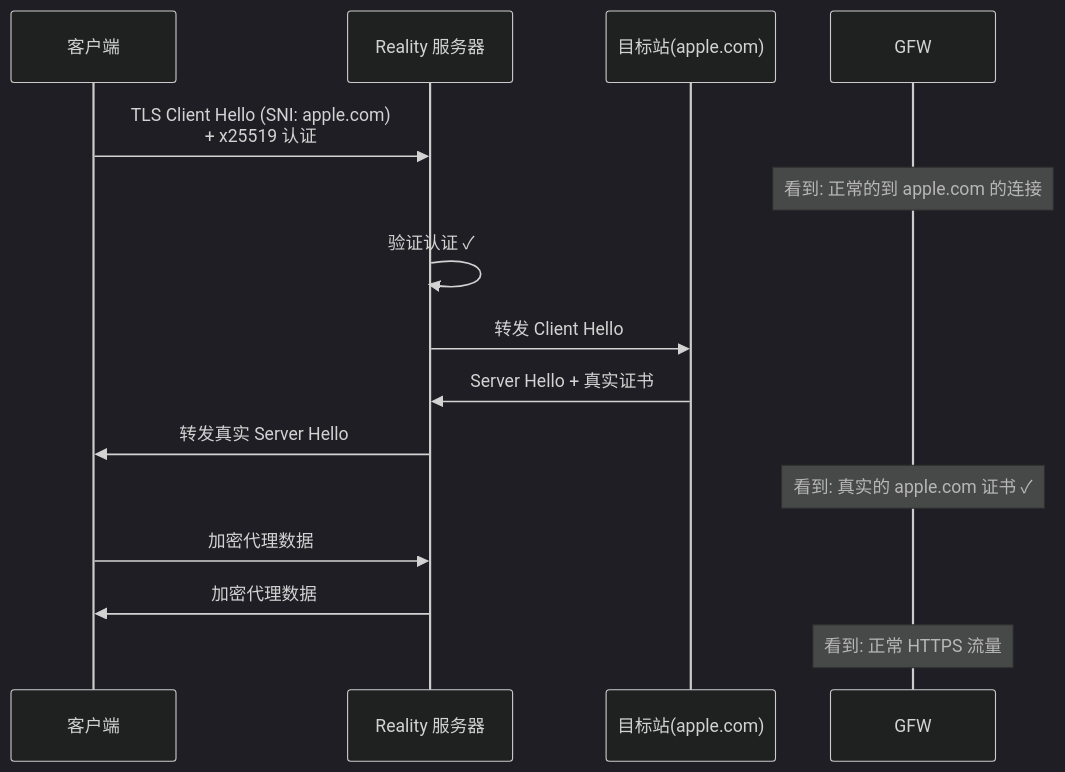
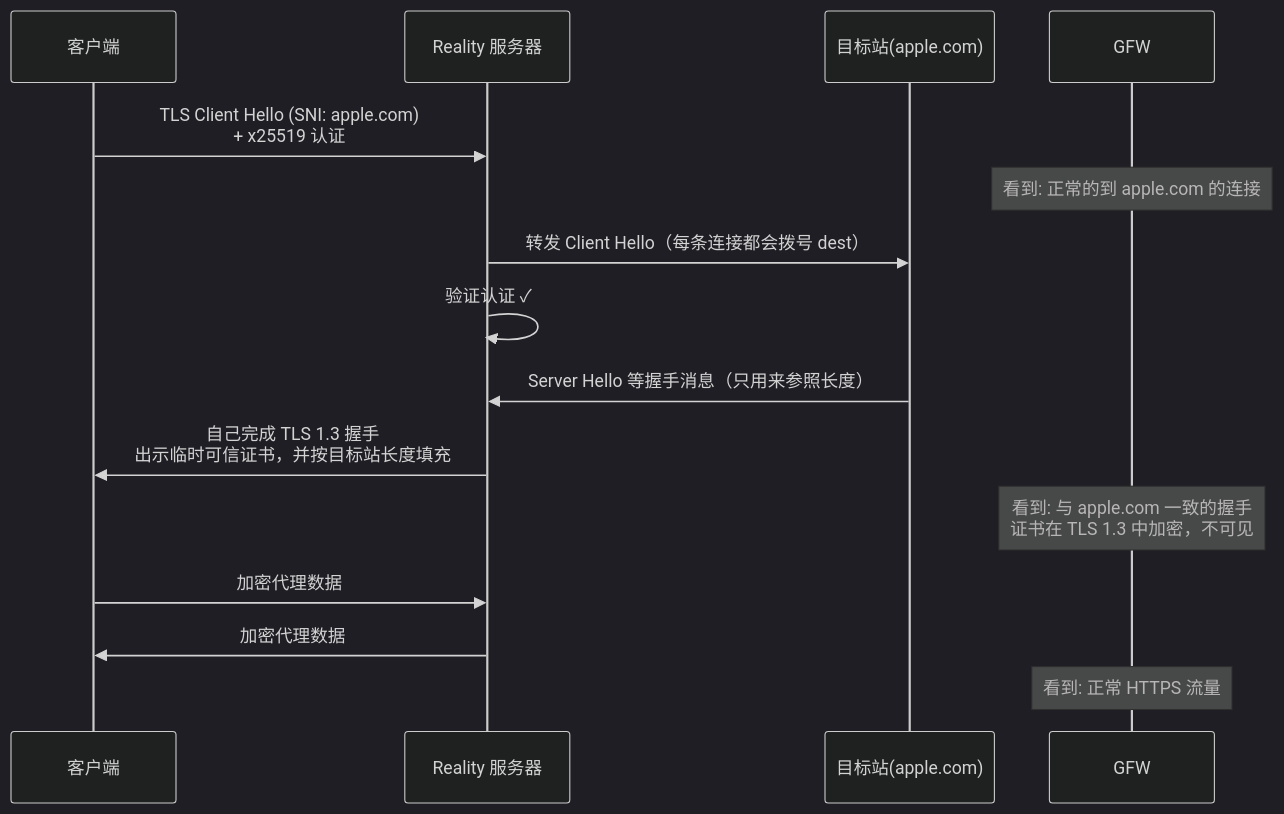
The first of 2 diagrams in source/_posts/vless-reality-deep-dive.md (EdNovas/proxy_wiki), drawn with Mermaid (dark theme) before and after one commit. The commit also changed other lines of this file and 34 other files, not shown here.

````diff
--- a/source/_posts/vless-reality-deep-dive.md
+++ b/source/_posts/vless-reality-deep-dive.md
@@ -59,18 +60,18 @@
 ```mermaid
 sequenceDiagram
     participant C as 客户端
     participant S as Reality 服务器
     participant T as 目标站(apple.com)
     participant G as GFW
     
     C->>S: TLS Client Hello (SNI: apple.com)<br/>+ x25519 认证
     Note over G: 看到: 正常的到 apple.com 的连接
+    S->>T: 转发 Client Hello（每条连接都会拨号 dest）
     S->>S: 验证认证 ✓
-    S->>T: 转发 Client Hello
-    T->>S: Server Hello + 真实证书
-    S->>C: 转发真实 Server Hello
-    Note over G: 看到: 真实的 apple.com 证书 ✓
+    T->>S: Server Hello 等握手消息（只用来参照长度）
+    S->>C: 自己完成 TLS 1.3 握手<br/>出示临时可信证书，并按目标站长度填充
+    Note over G: 看到: 与 apple.com 一致的握手<br/>证书在 TLS 1.3 中加密，不可见
     C->>S: 加密代理数据
     S->>C: 加密代理数据
     Note over G: 看到: 正常 HTTPS 流量
 ```
````
